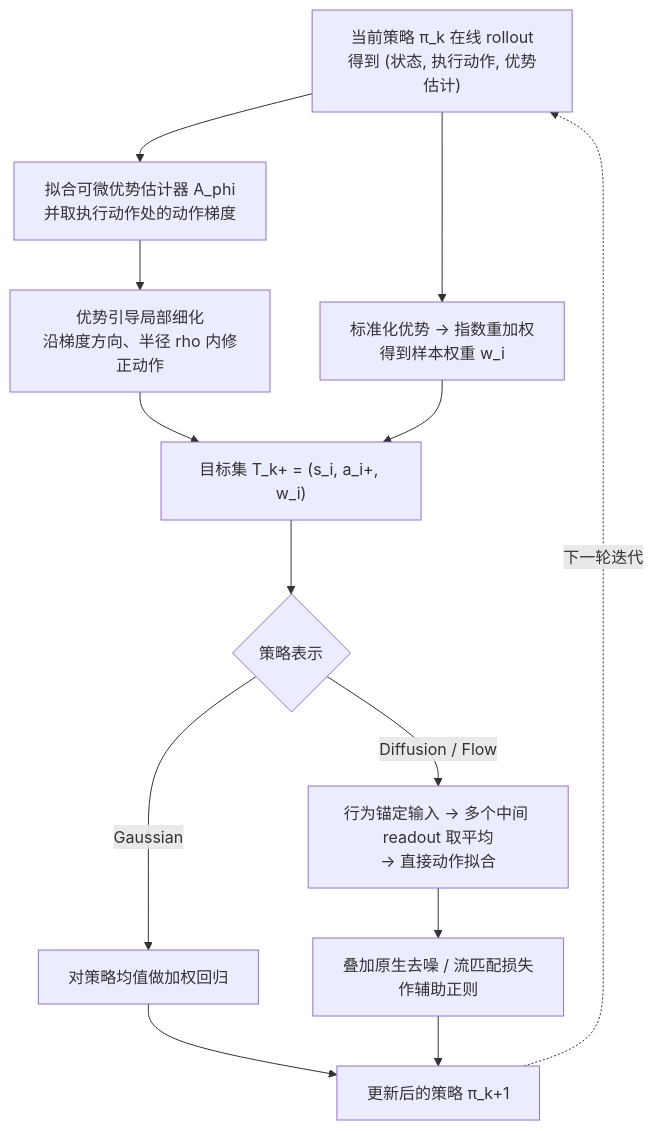
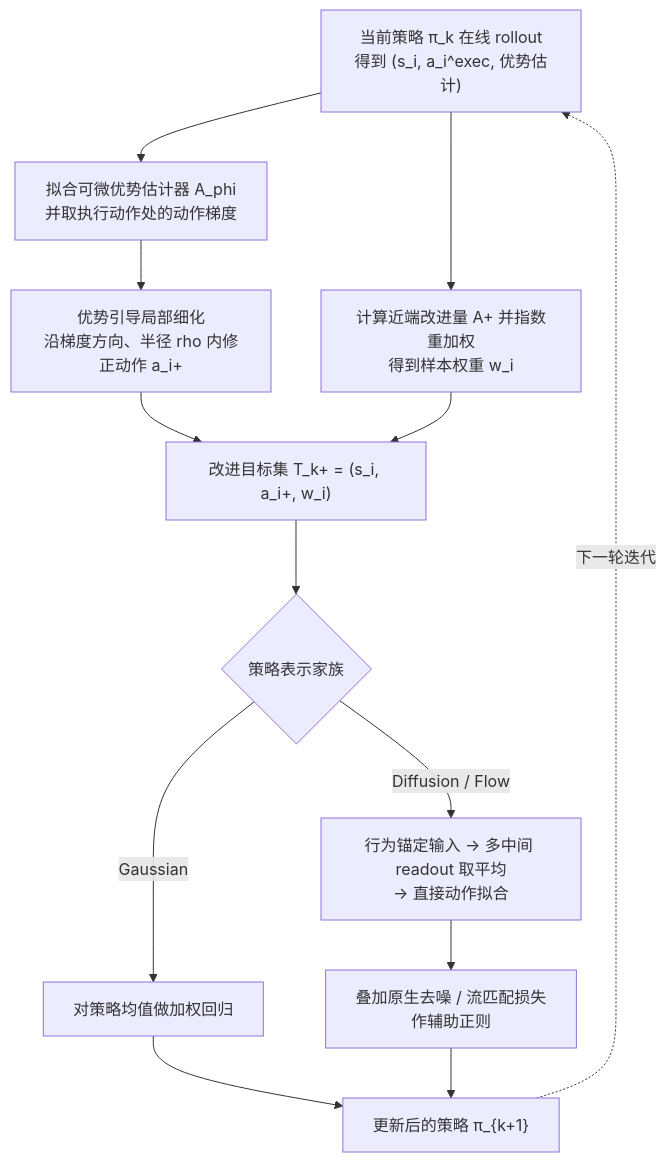
One commit to ImChong/Robotics_Notebooks changed the diagram in wiki/entities/paper-dr-apo.md. Above: the diagram before and after it, drawn with Mermaid. The commit also changed other lines of this file and 450 other files, not shown here.

Commit message:
[2026-11-22] ingest | sources/ & wiki/ — 补齐 33 家公司路线 165/167 节点一手原文通读、骨架与 Mermaid 图表至 3/3

````diff
--- a/wiki/entities/paper-dr-apo.md
+++ b/wiki/entities/paper-dr-apo.md
@@ -23,15 +51,15 @@
 ```mermaid
 flowchart TD
-    A["当前策略 π_k 在线 rollout<br/>得到 (状态, 执行动作, 优势估计)"] --> B["拟合可微优势估计器 A_phi<br/>并取执行动作处的动作梯度"]
-    B --> C["优势引导局部细化<br/>沿梯度方向、半径 rho 内修正动作"]
-    A --> D["标准化优势 → 指数重加权<br/>得到样本权重 w_i"]
-    C --> E["目标集 T_k+ = (s_i, a_i+, w_i)"]
+    A["当前策略 π_k 在线 rollout<br/>得到 (s_i, a_i^exec, 优势估计)"] --> B["拟合可微优势估计器 A_phi<br/>并取执行动作处的动作梯度"]
+    B --> C["优势引导局部细化<br/>沿梯度方向、半径 rho 内修正动作 a_i+"]
+    A --> D["计算近端改进量 A+ 并指数重加权<br/>得到样本权重 w_i"]
+    C --> E["改进目标集 T_k+ = (s_i, a_i+, w_i)"]
     D --> E
-    E --> F{"策略表示"}
+    E --> F{"策略表示家族"}
     F -->|Gaussian| G["对策略均值做加权回归"]
-    F -->|Diffusion / Flow| H["行为锚定输入 → 多个中间 readout 取平均<br/>→ 直接动作拟合"]
+    F -->|Diffusion / Flow| H["行为锚定输入 → 多中间 readout 取平均<br/>→ 直接动作拟合"]
     H --> I["叠加原生去噪 / 流匹配损失<br/>作辅助正则"]
-    G --> J["更新后的策略 π_k+1"]
+    G --> J["更新后的策略 π_{k+1}"]
     I --> J
     J -.下一轮迭代.-> A
 ```
````
